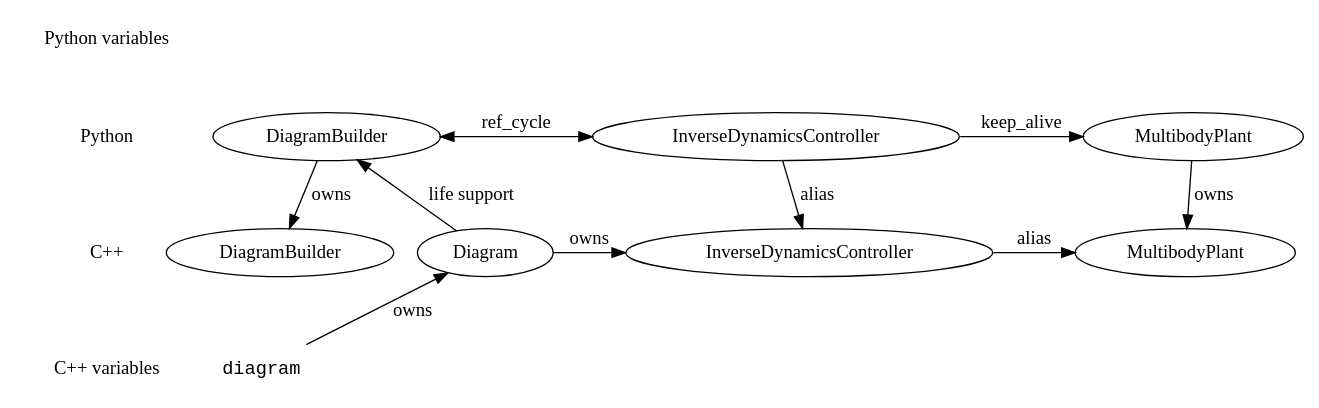
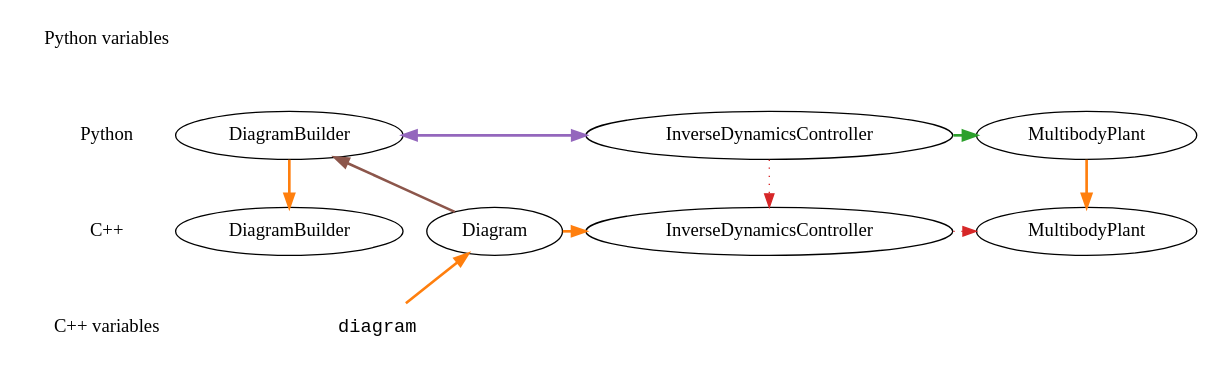
One commit to rpoyner-tri/drake changed the diagram in dot/epoch2.1-cpp.dot. Above: the diagram before and after it, drawn with Graphviz. The commit also changed 7 other files, not shown here.

```diff
--- a/dot/epoch2.1-cpp.dot
+++ b/dot/epoch2.1-cpp.dot
@@ -1,40 +1,53 @@
 digraph G {
-
-{
- node [shape=plaintext];
- edge [style=invis];
- "Python variables" -> Python -> "C++" -> "C++ variables";
+  {
+    node [shape=plaintext];
+    edge [style=invis];
+    "Python variables" -> Python -> "C++" -> "C++ variables";
+  }
+  {
+    node [shape=plaintext, fontname="Courier"];
+    cvdiagram [label="diagram"];
+  }
+  
+  pymbp [label="MultibodyPlant"];
+  cmbp [label="MultibodyPlant"];
+  pydb [label="DiagramBuilder"];
+  cdb [label="DiagramBuilder"];
+  pyidc [label="InverseDynamicsController"];
+  cidc [label="InverseDynamicsController"];
+  cdgm [label="Diagram"];
+  
+  { rank = same; "Python variables"; }
+  { rank = same; Python; pymbp; pydb; pyidc; }
+  { rank = same; "C++"; cmbp; cdb; cidc; cdgm; }
+  { rank = same; "C++ variables"; cvdiagram; }
+  
+  {
+    edge [color="#FF7F0E", style=bold];
+    pymbp -> cmbp;
+    pydb -> cdb;
+    cdgm -> cidc;
+    cvdiagram -> cdgm [constraint=false];
+  }
+  
+  {
+    edge [color="#2CA02C", style=bold, constraint=false];
+    pyidc -> pymbp;
+  }
+  
+  {
+    edge [color="#9467BD", style=bold, constraint=false, dir=both];
+    pyidc -> pydb;
+  }
+  
+  {
+    edge [color="#D62728", style=dotted];
+    pyidc -> cidc;
+    cidc -> cmbp;
+  }
+  
+  {
+    edge [color="#8C564B", style=bold, constraint=false, dir=back];
+    pydb -> cdgm;
+  }
 }
-{
- node [shape=plaintext, fontname="Courier"];
-  cvdiagram [label="diagram"];
-}
-
-pymbp [label="MultibodyPlant"];
-cmbp [label="MultibodyPlant"];
-pydb [label="DiagramBuilder"];
-cdb [label="DiagramBuilder"];
-pyidc [label="InverseDynamicsController"];
-cidc [label="InverseDynamicsController"];
-cdgm [label="Diagram"];
-
-{ rank = same; "Python variables"; }
-{ rank = same; Python; pymbp; pydb; pyidc; }
-{ rank = same; "C++"; cmbp; cdb; cidc; cdgm; }
-{ rank = same; "C++ variables"; cvdiagram; }
-
- pymbp -> cmbp [label="owns"];
-
- pydb -> cdb [label="owns"];
-
- cdgm -> cidc [label="owns"];
- pydb -> cdgm [label="life support", dir=back];
-
- pyidc -> cidc [label="alias"];
- pyidc -> pydb [label="ref_cycle", constraint=false, dir=both];
- pyidc -> pymbp [label="keep_alive", constraint=false];
-
- cidc -> cmbp [label="alias"];
-
- cvdiagram -> cdgm [label="owns", constraint=false];
-}
```
